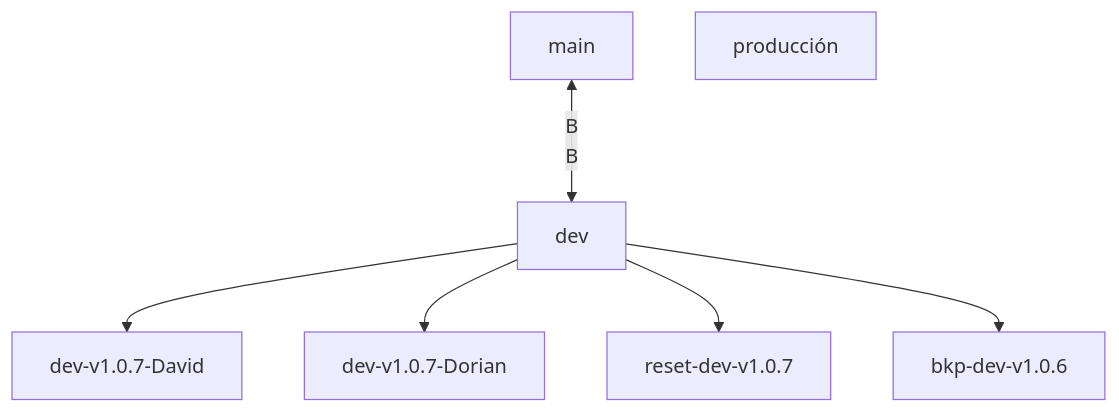
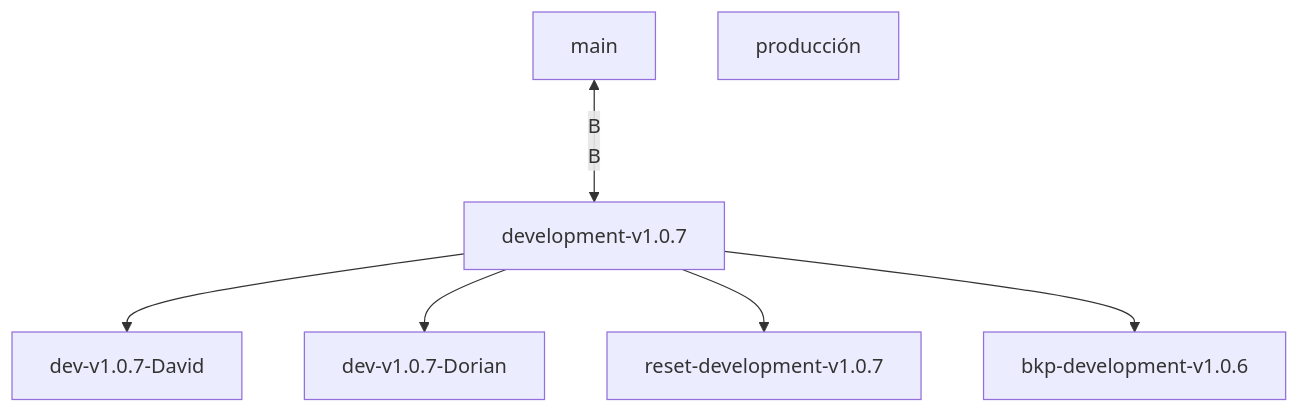
The first of 2 diagrams in docs/architecture/branching-strategy.md (dorianprogrammer/SINPEConectaCR), drawn with Mermaid before and after one commit. The commit also changed other lines of this file, not shown here.

````diff
--- a/docs/architecture/branching-strategy.md
+++ b/docs/architecture/branching-strategy.md
@@ -84,17 +67,17 @@
 ```mermaid
 graph TD
     A[main]
     B[producción]
-    C[dev]
+    C[development-v1.0.7]
     D1[dev-v1.0.7-David]
     D2[dev-v1.0.7-Dorian]
-    E1[reset-dev-v1.0.7]
-    E2[bkp-dev-v1.0.6]
+    E1[reset-development-v1.0.7]
+    E2[bkp-development-v1.0.6]
 
     A <-- B
     B --> C
     C --> D1
     C --> D2
     C --> E1
     C --> E2
 ```
````
